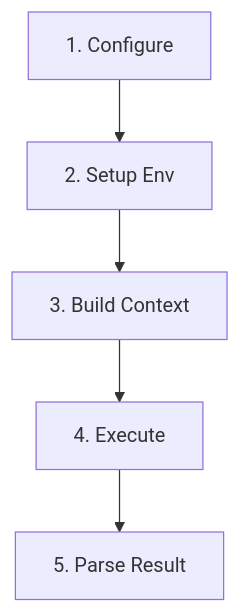
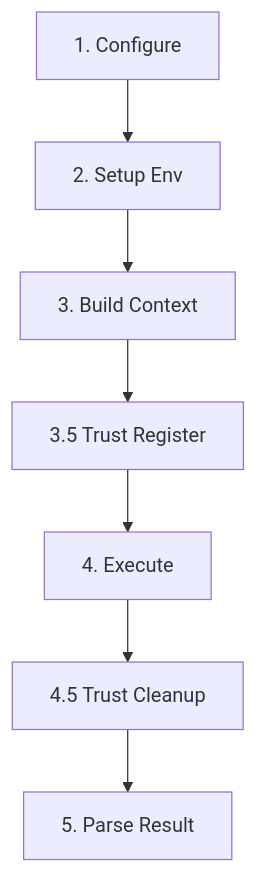
The diagram in docs/adapter_design.md (leike0813/Skill-Runner), drawn with Mermaid before and after one commit. The commit also changed other lines of this file and 119 other files, not shown here.

````diff
--- a/docs/adapter_design.md
+++ b/docs/adapter_design.md
@@ -13,7 +13,9 @@
 ```mermaid
 graph TD
     A[1. Configure] --> B[2. Setup Env]
     B --> C[3. Build Context]
-    C --> D[4. Execute]
-    D --> E[5. Parse Result]
+    C --> T[3.5 Trust Register]
+    T --> D[4. Execute]
+    D --> U[4.5 Trust Cleanup]
+    U --> E[5. Parse Result]
 ```
````
